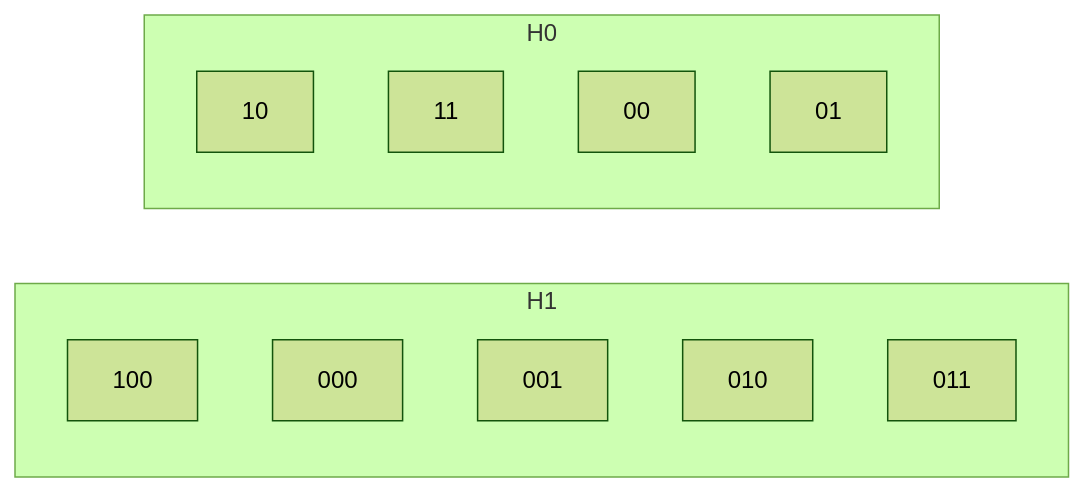
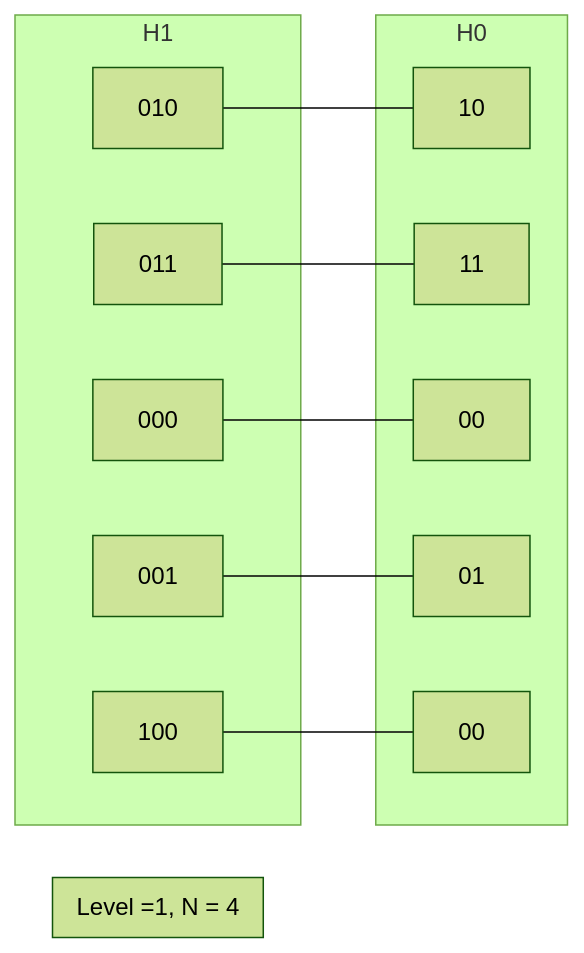
One commit to Tiggax/Zapiski changed the diagram in 2. Letnik/Osnove podatkovnih baz/2. domača naloga.md. Above: the diagram before and after it, drawn with Mermaid (forest theme).

Commit message:
flyingarchie backup: 2021-12-12 21:13:42

````diff
--- a/2. Letnik/Osnove podatkovnih baz/2. domača naloga.md
+++ b/2. Letnik/Osnove podatkovnih baz/2. domača naloga.md
@@ -3,18 +3,24 @@
 ```mermaid
-graph LR
+graph LR;
 subgraph H1
 000
 001
 010
 011
 100
 end
 subgraph H0
 00
 01
 10
 11
-00
+00d[00]
 end
-H1 
+000---00
+001---01
+010---10
+011---11
+100---00d
+subgraph A[Level =1, N = 4]
+end
 ```
````
